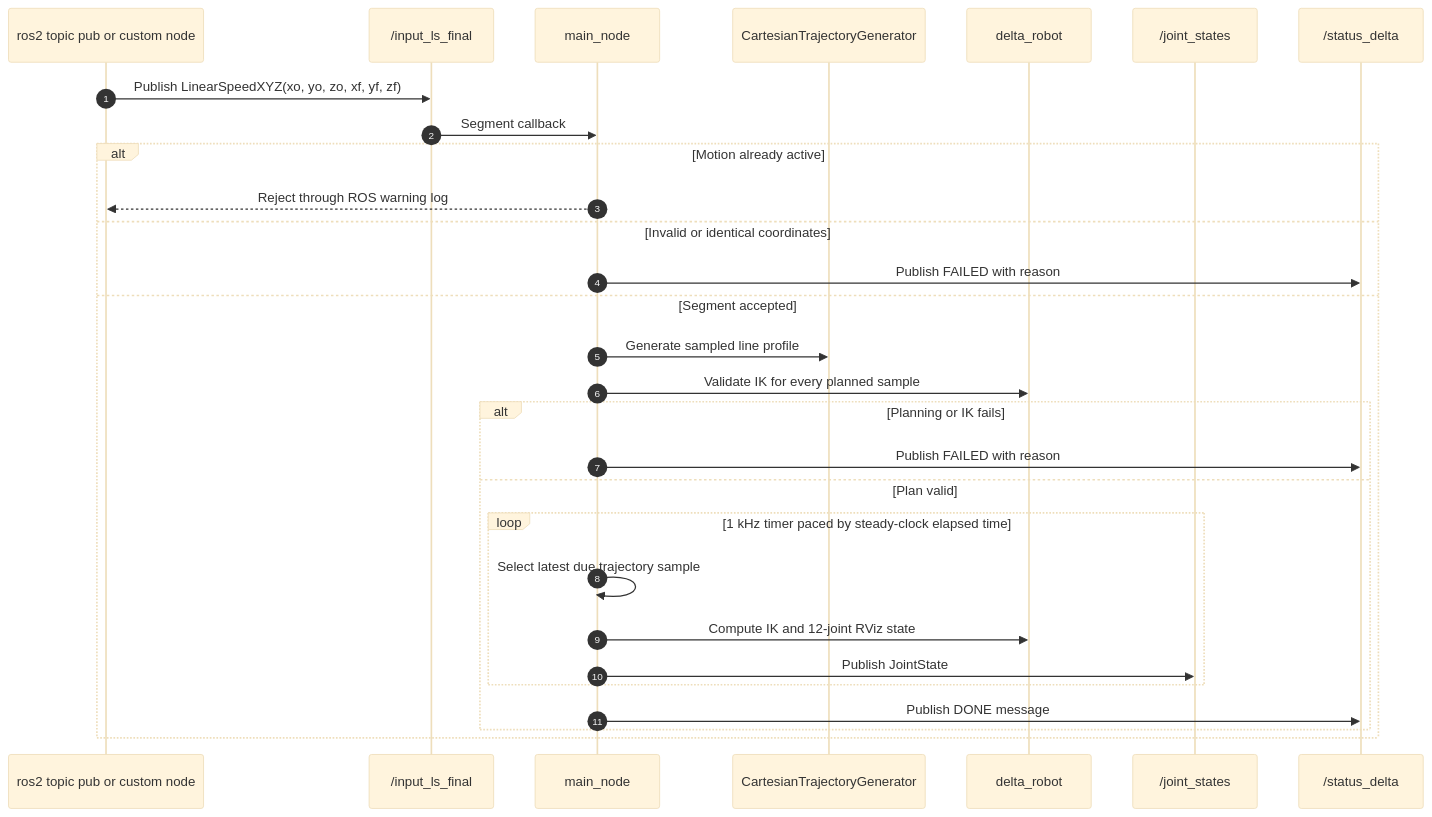
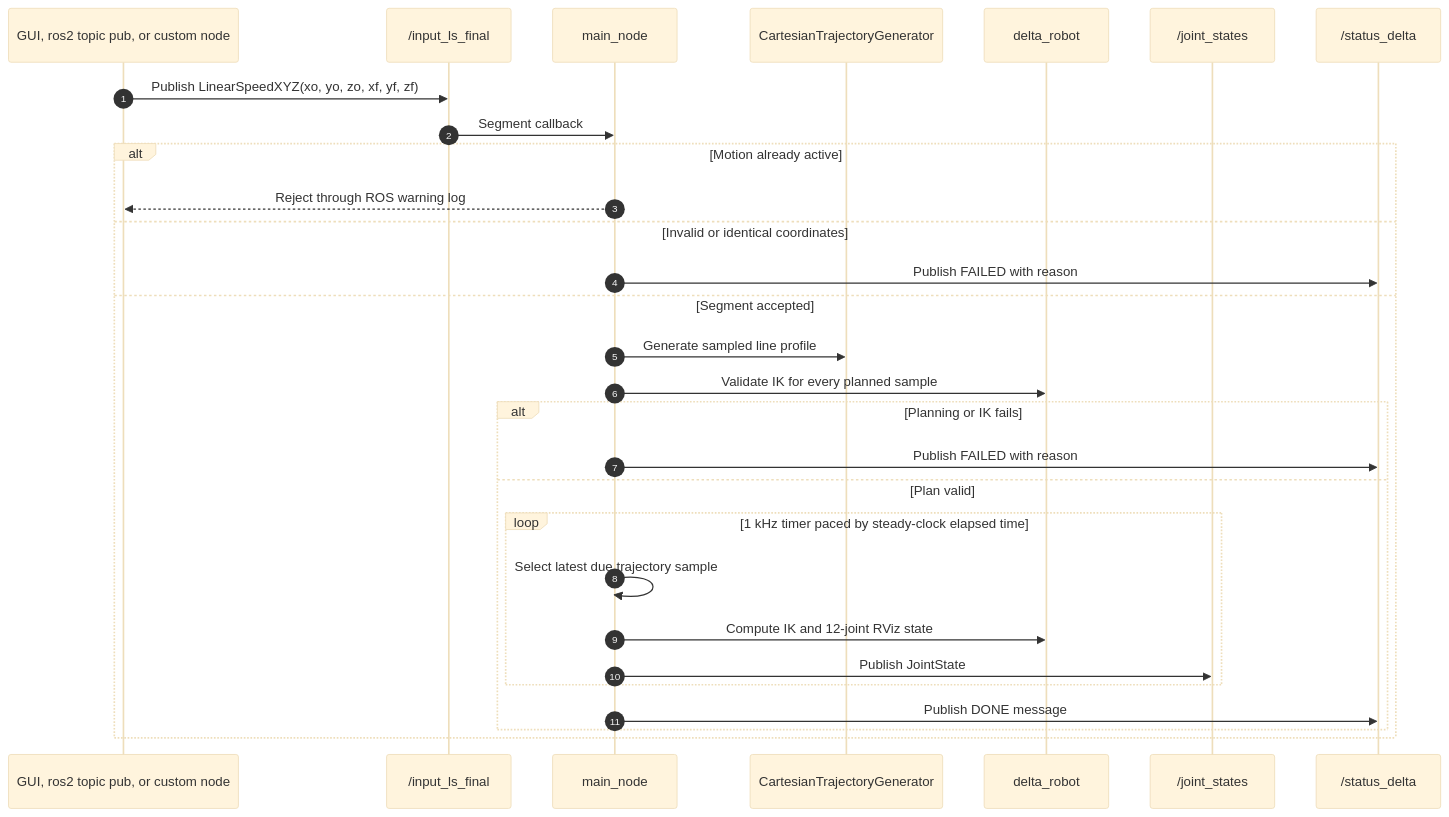
The third of 6 diagrams in docs/software_architecture.md (thanhduong8457/ROS), drawn with Mermaid (base theme) before and after one commit. The commit also changed other lines of this file and 6 other files, not shown here.

````diff
--- a/docs/software_architecture.md
+++ b/docs/software_architecture.md
@@ -152,32 +161,32 @@
 ```mermaid
 sequenceDiagram
     autonumber
-    participant CLI as ros2 topic pub or custom node
+    participant CLI as GUI, ros2 topic pub, or custom node
     participant Segment as /input_ls_final
     participant Main as main_node
     participant Planner as CartesianTrajectoryGenerator
     participant Robot as delta_robot
     participant JS as /joint_states
     participant Status as /status_delta
 
     CLI->>Segment: Publish LinearSpeedXYZ(xo, yo, zo, xf, yf, zf)
     Segment->>Main: Segment callback
     alt Motion already active
         Main-->>CLI: Reject through ROS warning log
     else Invalid or identical coordinates
         Main->>Status: Publish FAILED with reason
     else Segment accepted
         Main->>Planner: Generate sampled line profile
         Main->>Robot: Validate IK for every planned sample
         alt Planning or IK fails
             Main->>Status: Publish FAILED with reason
         else Plan valid
             loop 1 kHz timer paced by steady-clock elapsed time
                 Main->>Main: Select latest due trajectory sample
                 Main->>Robot: Compute IK and 12-joint RViz state
                 Main->>JS: Publish JointState
             end
             Main->>Status: Publish DONE message
         end
     end
 ```
````
